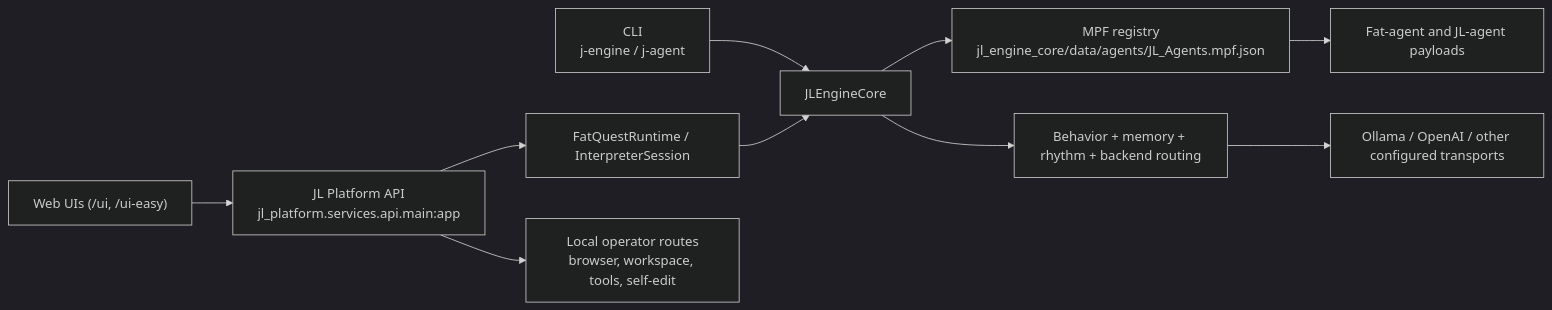
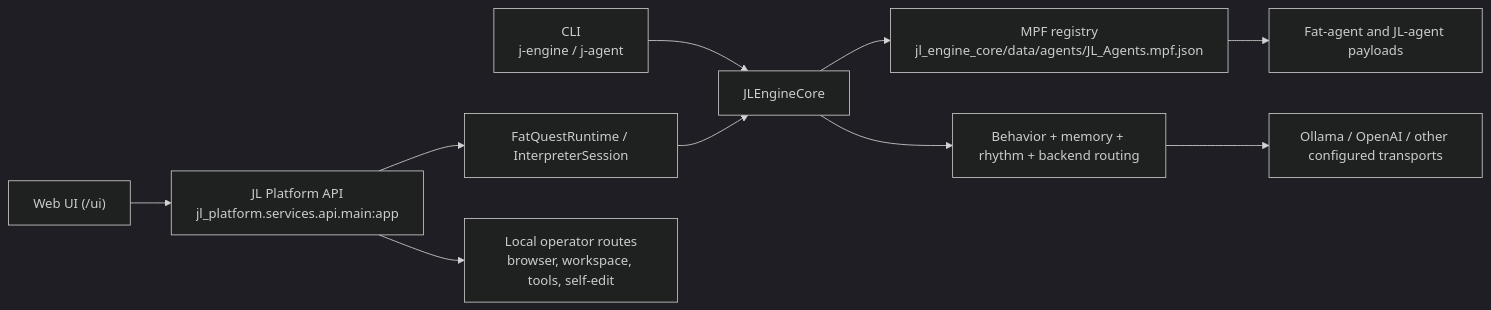
Before and after one commit to jaden688/JL_Engine-local: the diagram in ARCHITECTURE.md, drawn with Mermaid (dark theme). The commit also changed other lines of this file and 37 other files, not shown here.

````diff
--- a/ARCHITECTURE.md
+++ b/ARCHITECTURE.md
@@ -15,12 +15,12 @@
 ```mermaid
 flowchart LR
-    UI["Web UIs (/ui, /ui-easy)"] --> API["JL Platform API\njl_platform.services.api.main:app"]
+    UI["Web UI (/ui)"] --> API["JL Platform API\njl_platform.services.api.main:app"]
     CLI["CLI\nj-engine / j-agent"] --> Core["JLEngineCore"]
     API --> Quest["FatQuestRuntime / InterpreterSession"]
     API --> Admin["Local operator routes\nbrowser, workspace, tools, self-edit"]
     Quest --> Core
     Core --> Registry["MPF registry\njl_engine_core/data/agents/JL_Agents.mpf.json"]
     Registry --> Payloads["Fat-agent and JL-agent payloads"]
     Core --> State["Behavior + memory + rhythm + backend routing"]
     State --> Backends["Ollama / OpenAI / other configured transports"]
 ```
````
